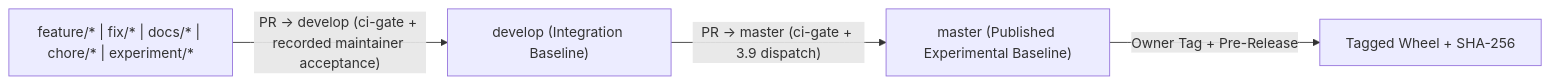
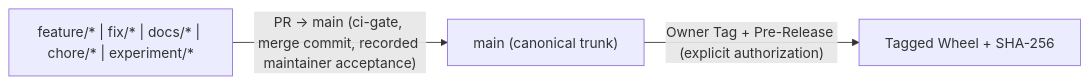
The diagram in CONTRIBUTING.md (mmontielpz/ai-sdlc-lite), drawn with Mermaid before and after one commit. The commit also changed other lines of this file and 5 other files, not shown here.

Commit message:
docs(governance): record main as canonical trunk, ruleset, merge policy and emergency procedure (S5)

````diff
--- a/CONTRIBUTING.md
+++ b/CONTRIBUTING.md
@@ -27,6 +27,5 @@
 ```mermaid
 flowchart LR
-  FEAT["feature/* | fix/* | docs/* | chore/* | experiment/*"] -- "PR -> develop (ci-gate + recorded maintainer acceptance)" --> DEV["develop (Integration Baseline)"]
-  DEV -- "PR -> master (ci-gate + 3.9 dispatch)" --> MAS["master (Published Experimental Baseline)"]
-  MAS -- "Owner Tag + Pre-Release" --> REL["Tagged Wheel + SHA-256"]
+  FEAT["feature/* | fix/* | docs/* | chore/* | experiment/*"] -- "PR -> main (ci-gate, merge commit, recorded maintainer acceptance)" --> MAIN["main (canonical trunk)"]
+  MAIN -- "Owner Tag + Pre-Release (explicit authorization)" --> REL["Tagged Wheel + SHA-256"]
 ```
````
